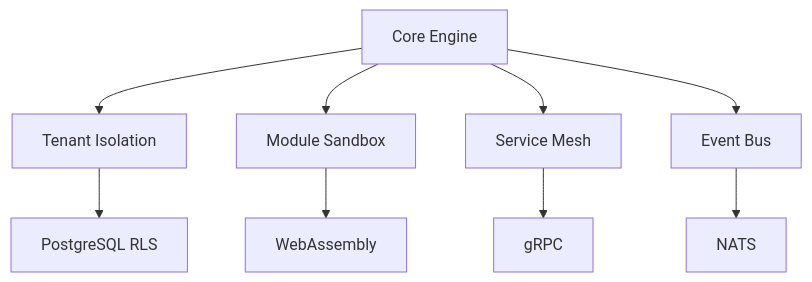
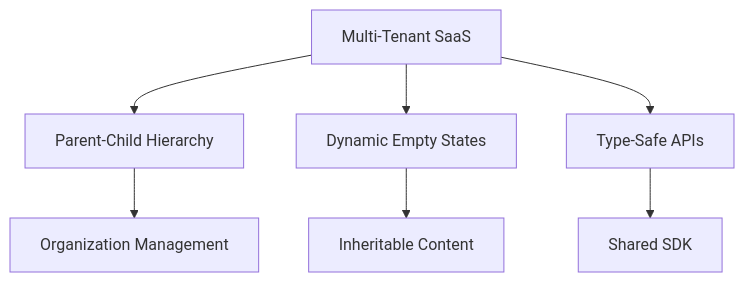
The first of 2 diagrams in README.md (pohlai88/aibos_engine), drawn with Mermaid before and after one commit. The commit also changed other lines of this file and 13 other files, not shown here.

````diff
--- a/README.md
+++ b/README.md
@@ -60,11 +57,9 @@
 ```mermaid
 graph TD
-    A[Core Engine] --> B[Tenant Isolation]
-    A --> C[Module Sandbox]
-    A --> D[Service Mesh]
-    A --> E[Event Bus]
-    B --> F[PostgreSQL RLS]
-    C --> G[WebAssembly]
-    D --> H[gRPC]
-    E --> I[NATS]
+    A[Multi-Tenant SaaS] --> B[Parent-Child Hierarchy]
+    A --> C[Dynamic Empty States]
+    A --> D[Type-Safe APIs]
+    B --> E[Organization Management]
+    C --> F[Inheritable Content]
+    D --> G[Shared SDK]
 ```
````
